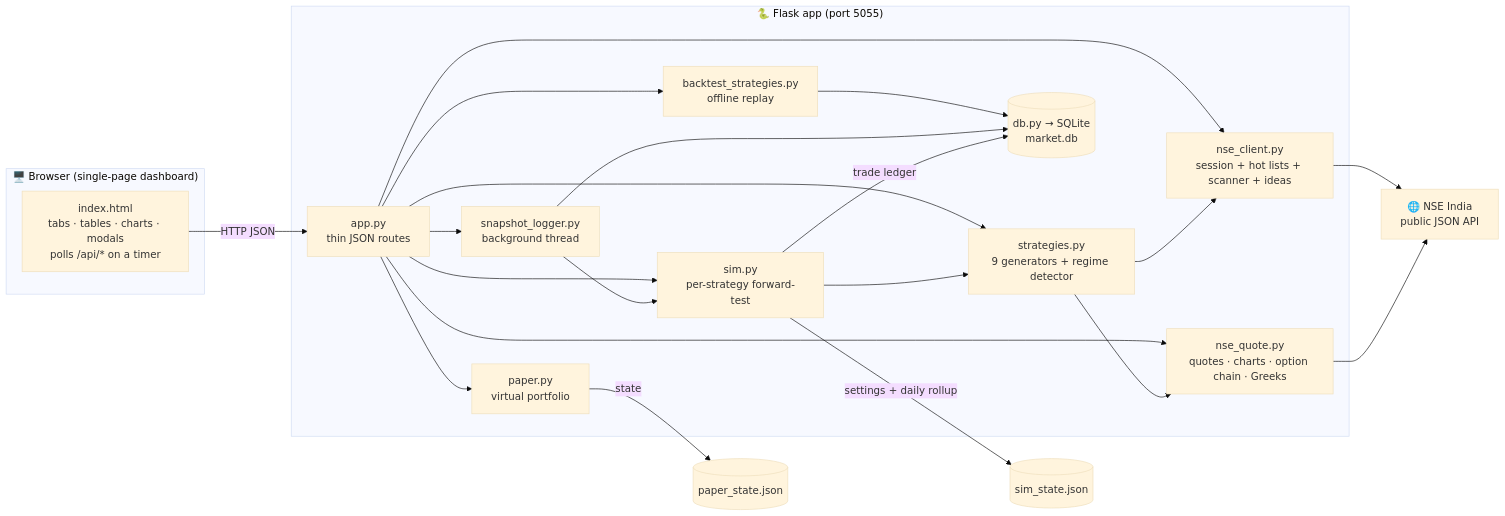
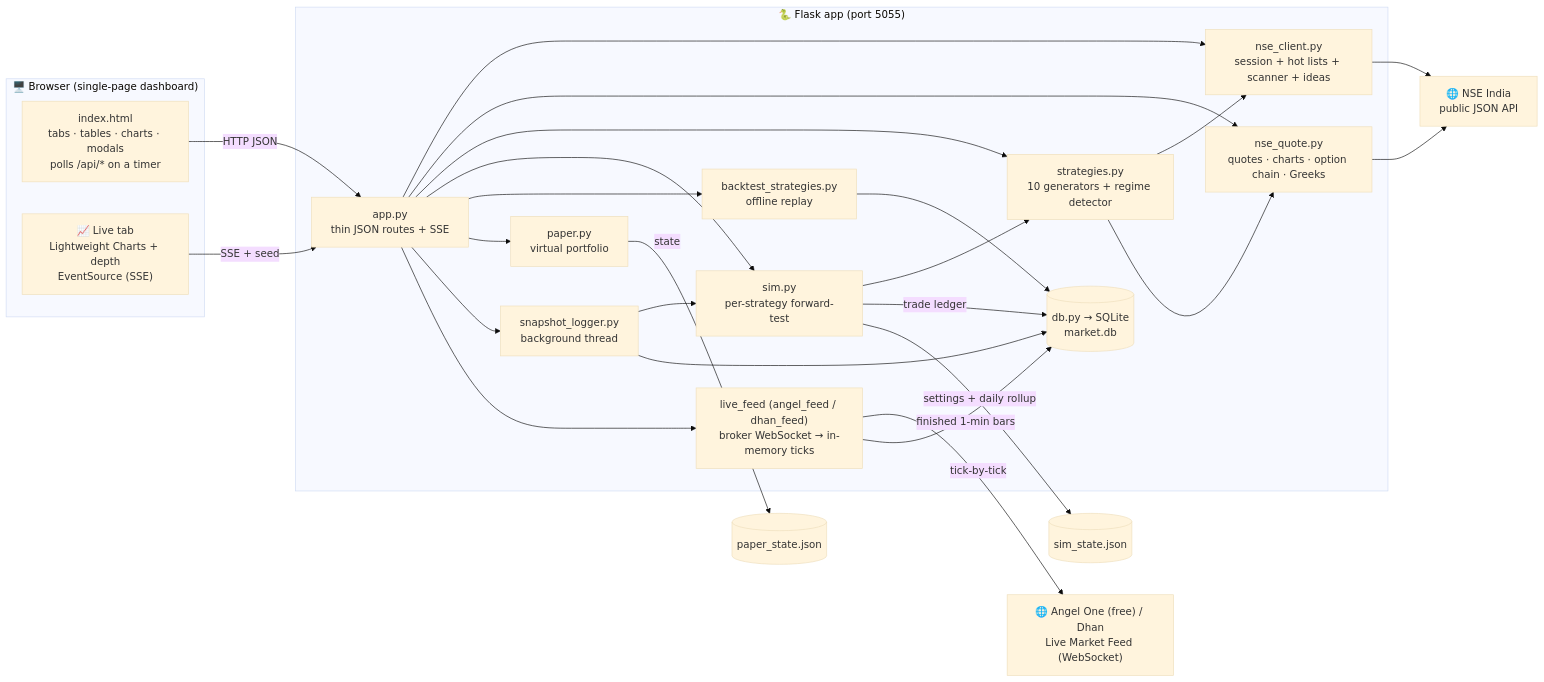
Before and after one commit to aakash-jain-1/nse-market-pulse: the second of 8 diagrams in README.md, drawn with Mermaid (base theme). The commit also changed other lines of this file and 9 other files, not shown here.

````diff
--- a/README.md
+++ b/README.md
@@ -92,32 +175,38 @@
 ```mermaid
 flowchart LR
     subgraph Browser["🖥️ Browser (single-page dashboard)"]
         UI["index.html<br/>tabs · tables · charts · modals<br/>polls /api/* on a timer"]
+        LIVEUI["📈 Live tab<br/>Lightweight Charts + depth<br/>EventSource (SSE)"]
     end
 
     subgraph Server["🐍 Flask app (port 5055)"]
-        APP["app.py<br/>thin JSON routes"]
+        APP["app.py<br/>thin JSON routes + SSE"]
         CORE["nse_client.py<br/>session + hot lists + scanner + ideas"]
         QUOTE["nse_quote.py<br/>quotes · charts · option chain · Greeks"]
-        STRAT["strategies.py<br/>9 generators + regime detector"]
+        STRAT["strategies.py<br/>10 generators + regime detector"]
         SIM["sim.py<br/>per-strategy forward-test"]
         BT["backtest_strategies.py<br/>offline replay"]
         PAPER["paper.py<br/>virtual portfolio"]
         LOG["snapshot_logger.py<br/>background thread"]
+        FEED["live_feed (angel_feed / dhan_feed)<br/>broker WebSocket → in-memory ticks"]
         DB[("db.py → SQLite<br/>market.db")]
     end
 
     NSE["🌐 NSE India<br/>public JSON API"]
+    BROKER["🌐 Angel One (free) / Dhan<br/>Live Market Feed (WebSocket)"]
 
     UI -->|HTTP JSON| APP
-    APP --> CORE & QUOTE & STRAT & SIM & BT & PAPER & LOG
+    LIVEUI -->|SSE + seed| APP
+    APP --> CORE & QUOTE & STRAT & SIM & BT & PAPER & LOG & FEED
     CORE --> NSE
     QUOTE --> NSE
     STRAT --> CORE & QUOTE
     SIM --> STRAT
     BT --> DB
     LOG --> SIM & DB
+    FEED -->|tick-by-tick| BROKER
+    FEED -->|finished 1-min bars| DB
     SIM -->|trade ledger| DB
     SIM -->|settings + daily rollup| SIMJSON[("sim_state.json")]
     PAPER -->|state| PJSON[("paper_state.json")]
 ```
````
